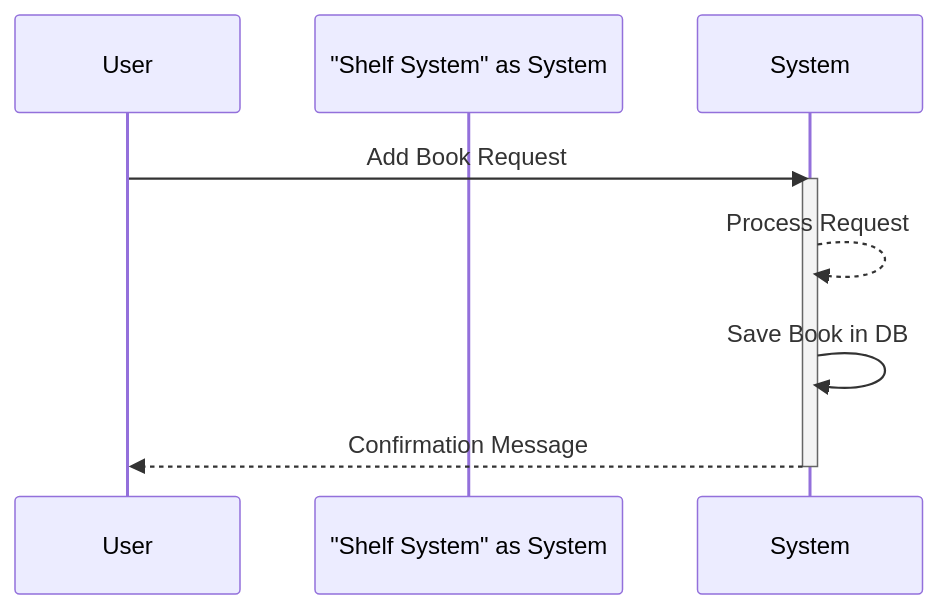
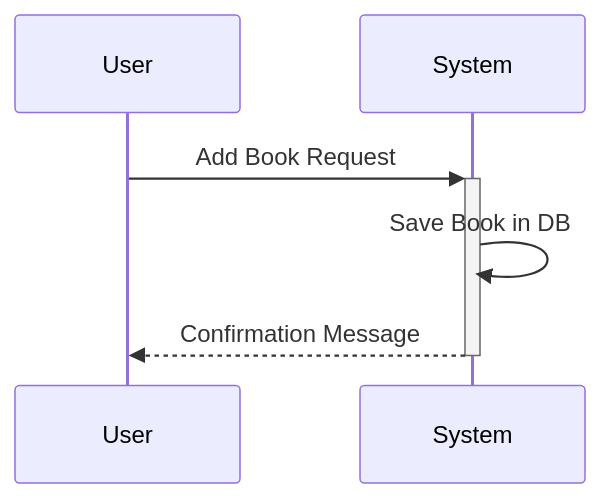
Before and after one commit to toqaezzatly/Shelf_library_catalog: the diagram in sequence Diagram.md, drawn with Mermaid.

Commit message:
Update sequence Diagram.md

````diff
--- a/sequence Diagram.md
+++ b/sequence Diagram.md
@@ -1,12 +1,9 @@
 ```mermaid
 sequenceDiagram
     participant User
-    participant "Shelf System" as System
-    User ->> System: Add Book Request
-    activate System
-    System -->> System: Process Request
+    participant System
+    User ->>+ System: Add Book Request
     System ->> System: Save Book in DB
-    System -->> User: Confirmation Message
-    deactivate System
+    System -->>- User: Confirmation Message
 
 ```
````
